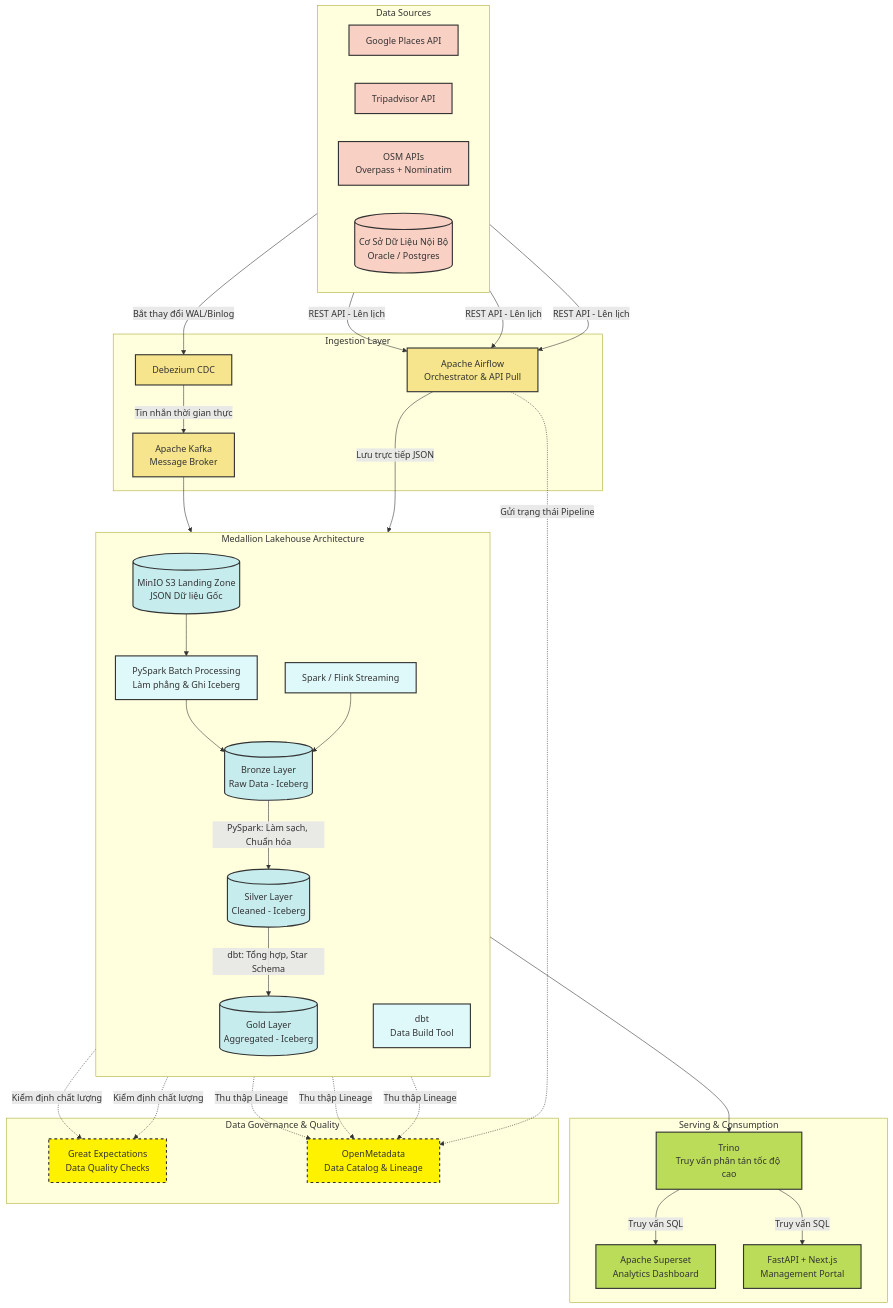
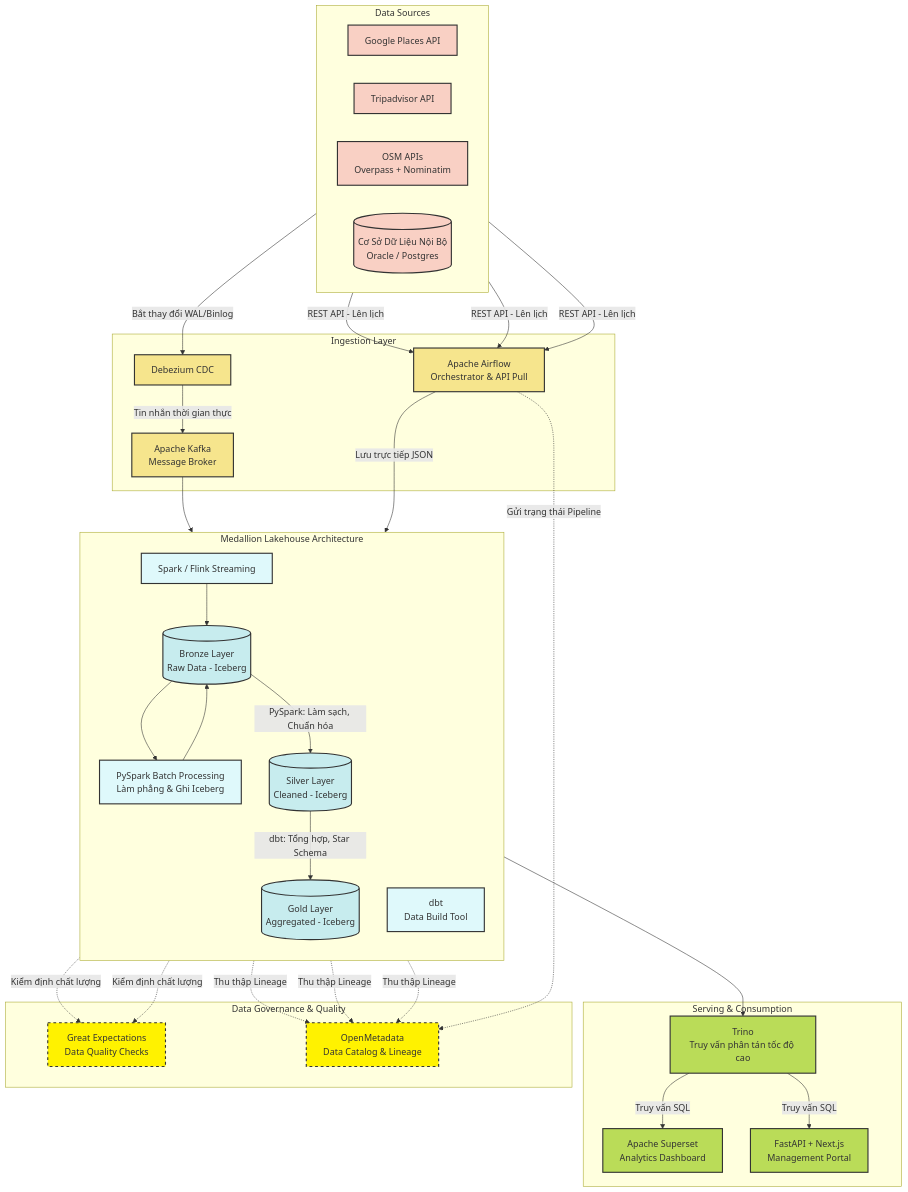
One commit to Luna777247/hanoi-smart-tourism-lakehouse changed the diagram in docs/system_architecture.md. Above: the diagram before and after it, drawn with Mermaid. The commit also changed other lines of this file and 429 other files, not shown here.

Commit message:
refactor(pipeline): unify orchestration to single osm-google enriched flow

```diff
--- a/docs/system_architecture.md
+++ b/docs/system_architecture.md
@@ -37,11 +37,11 @@
     DB1 -->|Bắt thay đổi WAL/Binlog| Debezium
     Debezium -->|Tin nhắn thời gian thực| Kafka
 
-    %% Landing Zone
-    Landing[(MinIO S3 Landing Zone\nJSON Dữ liệu Gốc)]
-    class Landing storage;
+    %% Bronze Zone
+    Bronze[(MinIO S3 Bronze Zone\nJSON Dữ liệu Gốc)]
+    class Bronze storage;
 
-    Airflow -->|Lưu trực tiếp JSON| Landing
+    Airflow -->|Lưu trực tiếp JSON| Bronze
 
     %% Lakehouse Processing
     subgraph Medallion_Lakehouse [Medallion Lakehouse Architecture]
@@ -56,7 +56,7 @@
         
         DBT[dbt\nData Build Tool]
         
-        Landing --> SparkBatch
+        Bronze --> SparkBatch
         Kafka --> SparkStream
         
         SparkBatch --> Bronze
```
